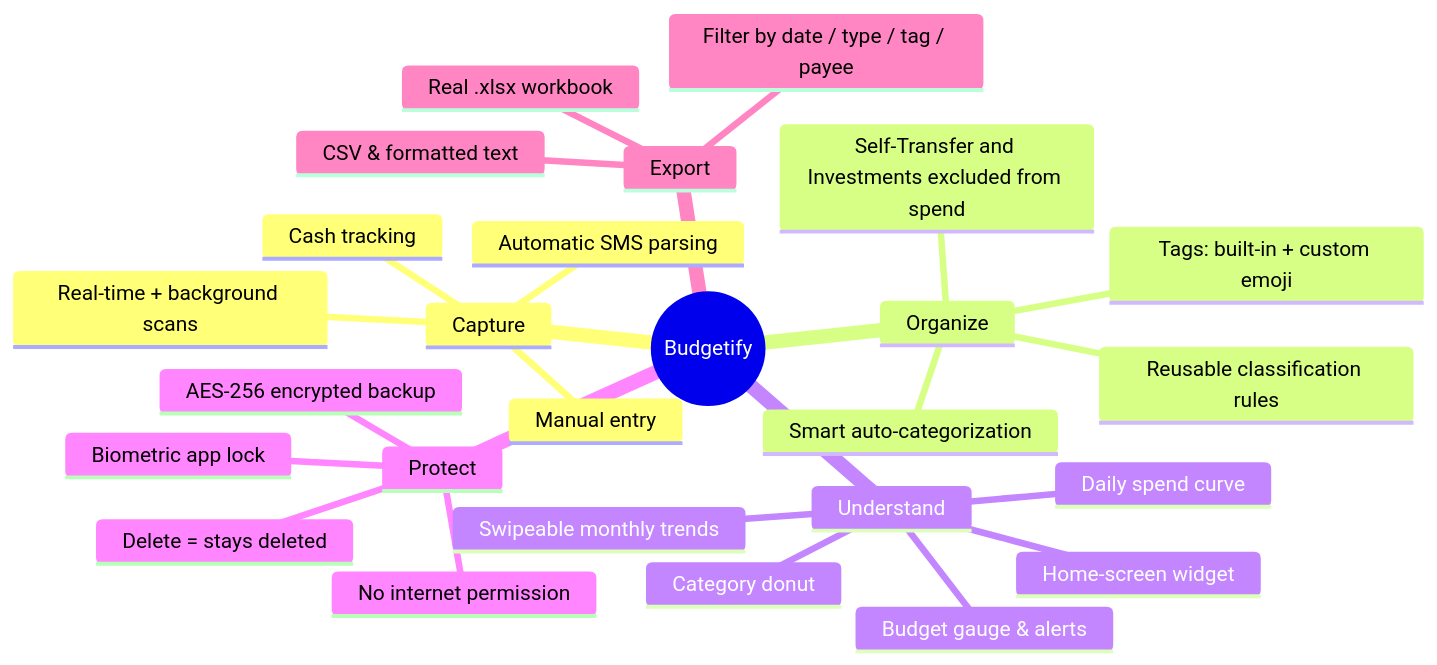
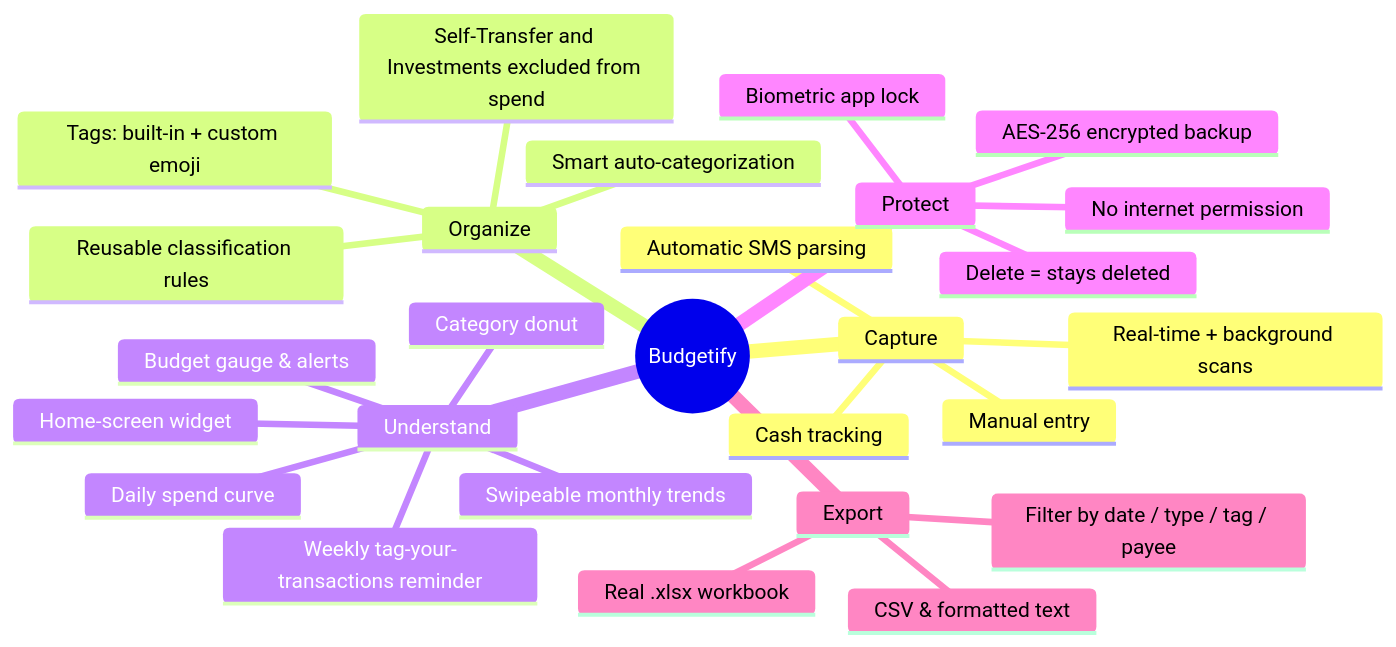
One commit to Yolo-cell-hash/budgetify changed the first of 8 diagrams in README.md. Above: the diagram before and after it, drawn with Mermaid. The commit also changed other lines of this file and 11 other files, not shown here.

First line of the commit message:
Combinable filters, weekly tag reminder, backup tag fix, v1.2.3

````diff
--- a/README.md
+++ b/README.md
@@ -80,29 +80,30 @@
 ```mermaid
 mindmap
   root((Budgetify))
     Capture
       Automatic SMS parsing
       Real-time + background scans
       Manual entry
       Cash tracking
     Organize
       Smart auto-categorization
       Tags: built-in + custom emoji
       Reusable classification rules
       Self-Transfer and Investments excluded from spend
     Understand
       Budget gauge & alerts
       Category donut
       Daily spend curve
       Swipeable monthly trends
       Home-screen widget
+      Weekly tag-your-transactions reminder
     Protect
       No internet permission
       Biometric app lock
       AES-256 encrypted backup
       Delete = stays deleted
     Export
       Real .xlsx workbook
       CSV & formatted text
       Filter by date / type / tag / payee
 ```
````
